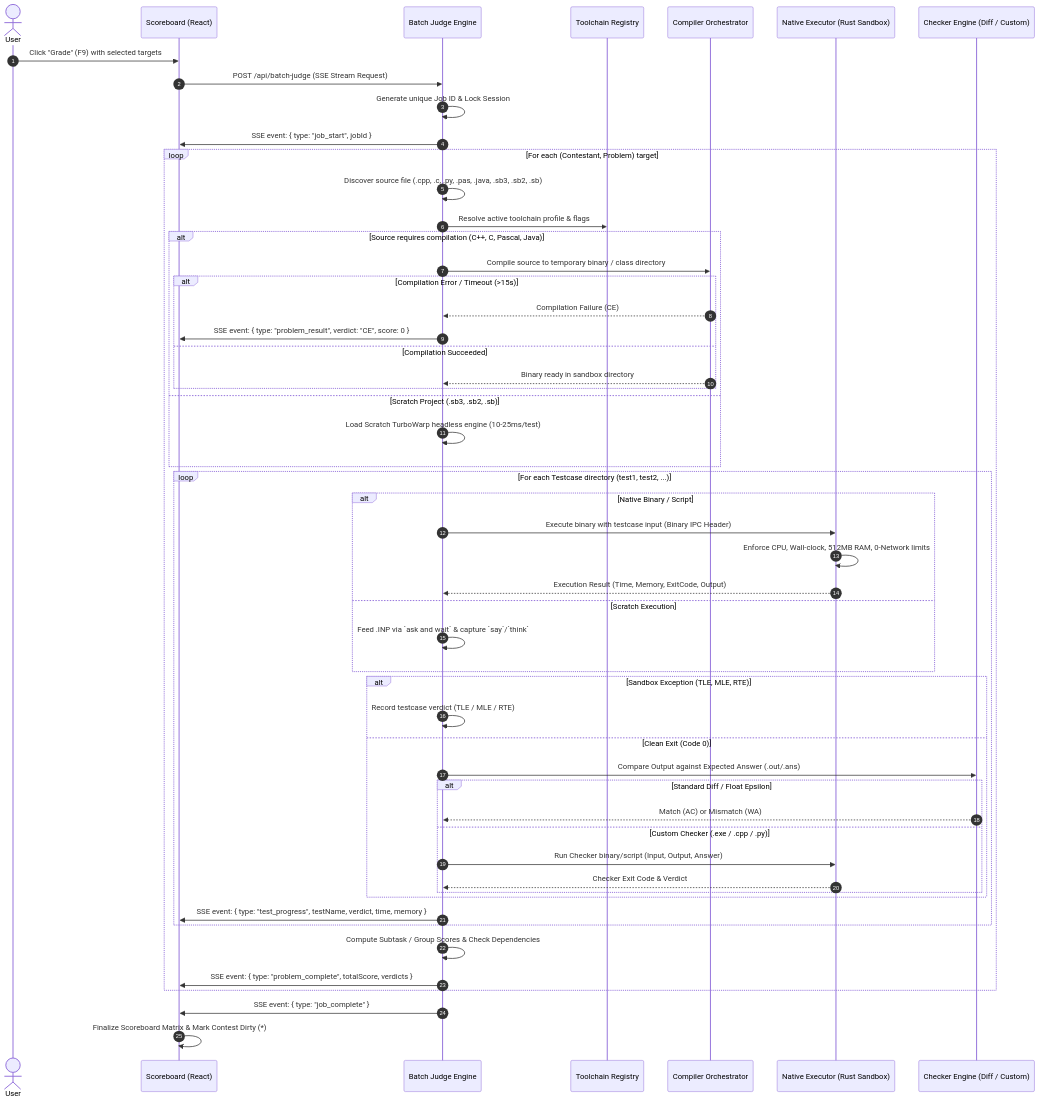
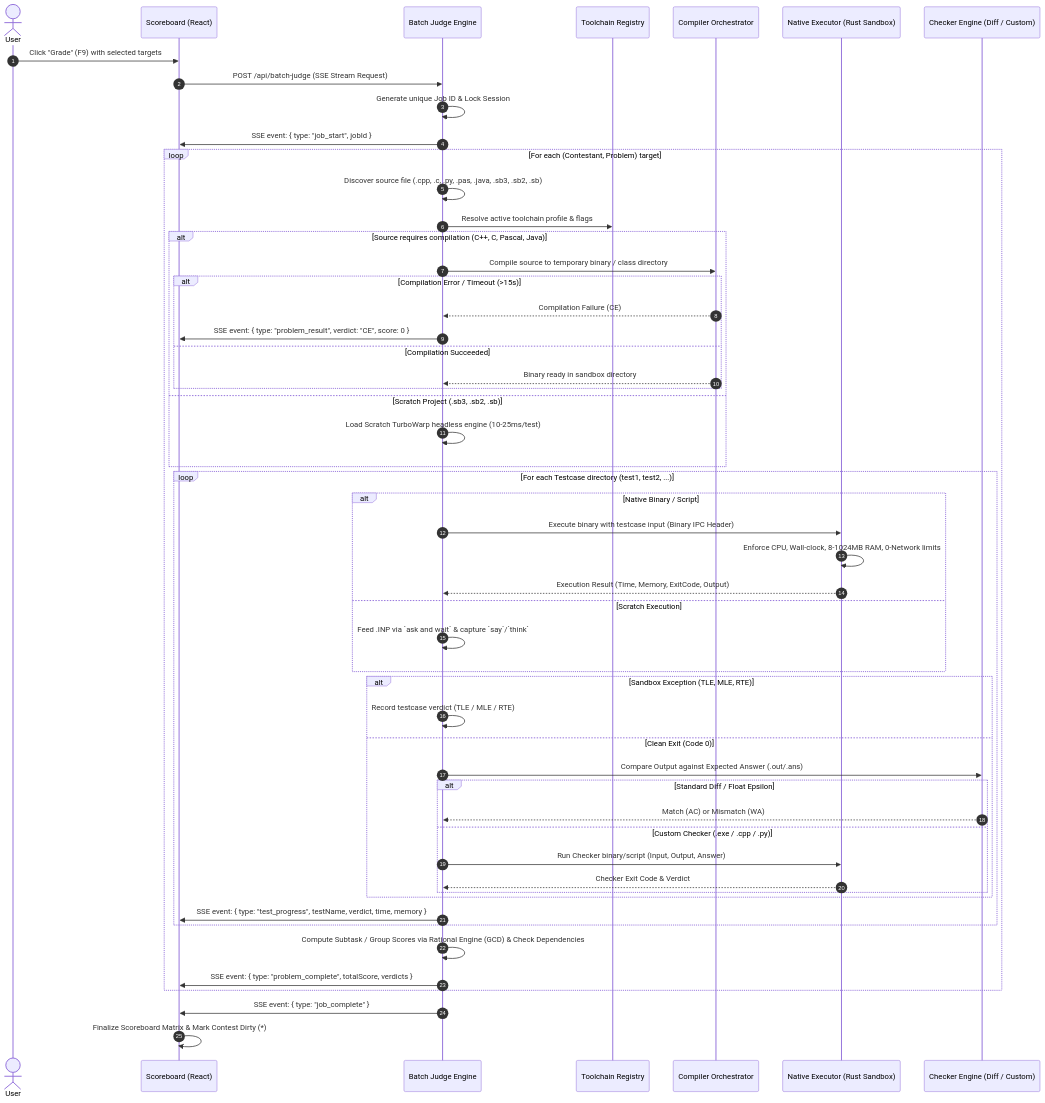
The third of 9 diagrams in docs/APP_FLOW.md (ducminh25/judgedesk-source), drawn with Mermaid before and after one commit. The commit also changed other lines of this file and 11 other files, not shown here.

````diff
--- a/docs/APP_FLOW.md
+++ b/docs/APP_FLOW.md
@@ -71,62 +71,62 @@
 ```mermaid
 sequenceDiagram
     autonumber
     actor User
     participant UI as Scoreboard (React)
     participant Backend as Batch Judge Engine
     participant Registry as Toolchain Registry
     participant Compiler as Compiler Orchestrator
     participant Sandbox as Native Executor (Rust Sandbox)
     participant Checker as Checker Engine (Diff / Custom)
 
     User->>UI: Click "Grade" (F9) with selected targets
     UI->>Backend: POST /api/batch-judge (SSE Stream Request)
     Backend->>Backend: Generate unique Job ID & Lock Session
     Backend->>UI: SSE event: { type: "job_start", jobId }
 
     loop For each (Contestant, Problem) target
         Backend->>Backend: Discover source file (.cpp, .c, .py, .pas, .java, .sb3, .sb2, .sb)
         Backend->>Registry: Resolve active toolchain profile & flags
         
         alt Source requires compilation (C++, C, Pascal, Java)
             Backend->>Compiler: Compile source to temporary binary / class directory
             alt Compilation Error / Timeout (>15s)
                 Compiler-->>Backend: Compilation Failure (CE)
                 Backend->>UI: SSE event: { type: "problem_result", verdict: "CE", score: 0 }
             else Compilation Succeeded
                 Compiler-->>Backend: Binary ready in sandbox directory
             end
         else Scratch Project (.sb3, .sb2, .sb)
             Backend->>Backend: Load Scratch TurboWarp headless engine (10-25ms/test)
         end
 
         loop For each Testcase directory (test1, test2, ...)
             alt Native Binary / Script
                 Backend->>Sandbox: Execute binary with testcase input (Binary IPC Header)
-                Sandbox->>Sandbox: Enforce CPU, Wall-clock, 512MB RAM, 0-Network limits
+                Sandbox->>Sandbox: Enforce CPU, Wall-clock, 8-1024MB RAM, 0-Network limits
                 Sandbox-->>Backend: Execution Result (Time, Memory, ExitCode, Output)
             else Scratch Execution
                 Backend->>Backend: Feed .INP via `ask and wait` & capture `say`/`think`
             end
             
             alt Sandbox Exception (TLE, MLE, RTE)
                 Backend->>Backend: Record testcase verdict (TLE / MLE / RTE)
             else Clean Exit (Code 0)
                 Backend->>Checker: Compare Output against Expected Answer (.out/.ans)
                 alt Standard Diff / Float Epsilon
                     Checker-->>Backend: Match (AC) or Mismatch (WA)
                 else Custom Checker (.exe / .cpp / .py)
                     Backend->>Sandbox: Run Checker binary/script (Input, Output, Answer)
                     Sandbox-->>Backend: Checker Exit Code & Verdict
                 end
             end
             Backend->>UI: SSE event: { type: "test_progress", testName, verdict, time, memory }
         end
 
-        Backend->>Backend: Compute Subtask / Group Scores & Check Dependencies
+        Backend->>Backend: Compute Subtask / Group Scores via Rational Engine (GCD) & Check Dependencies
         Backend->>UI: SSE event: { type: "problem_complete", totalScore, verdicts }
     end
 
     Backend->>UI: SSE event: { type: "job_complete" }
     UI->>UI: Finalize Scoreboard Matrix & Mark Contest Dirty (*)
 ```
````
